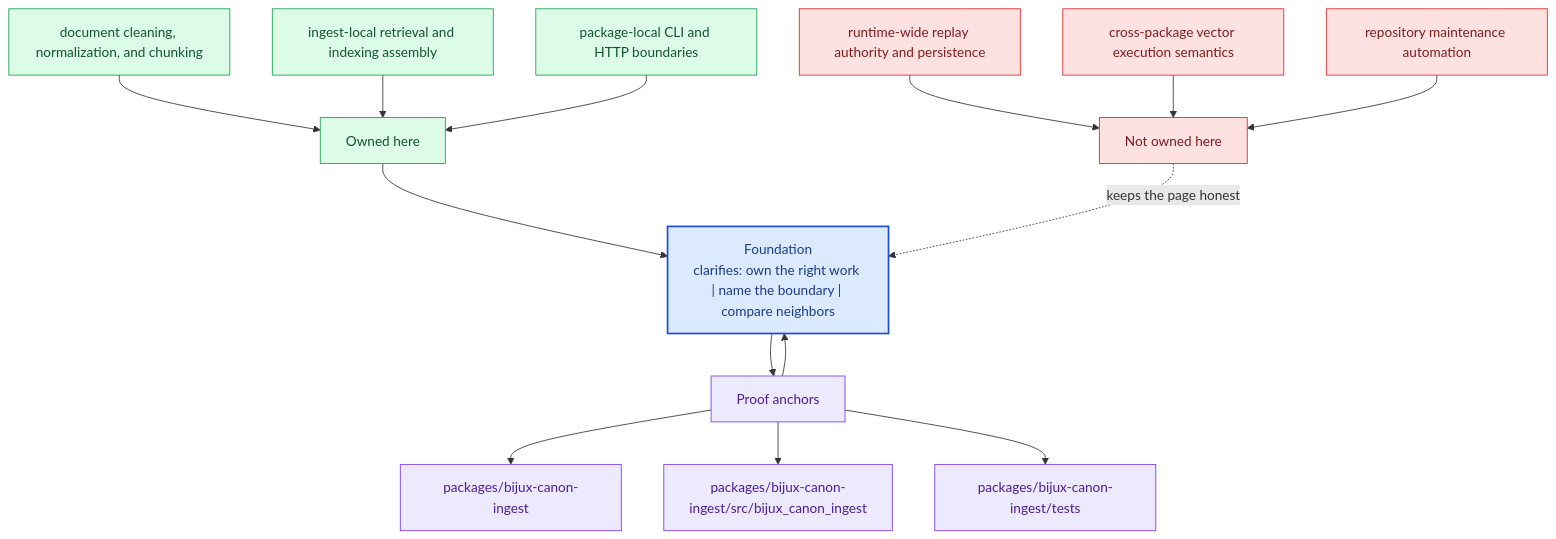
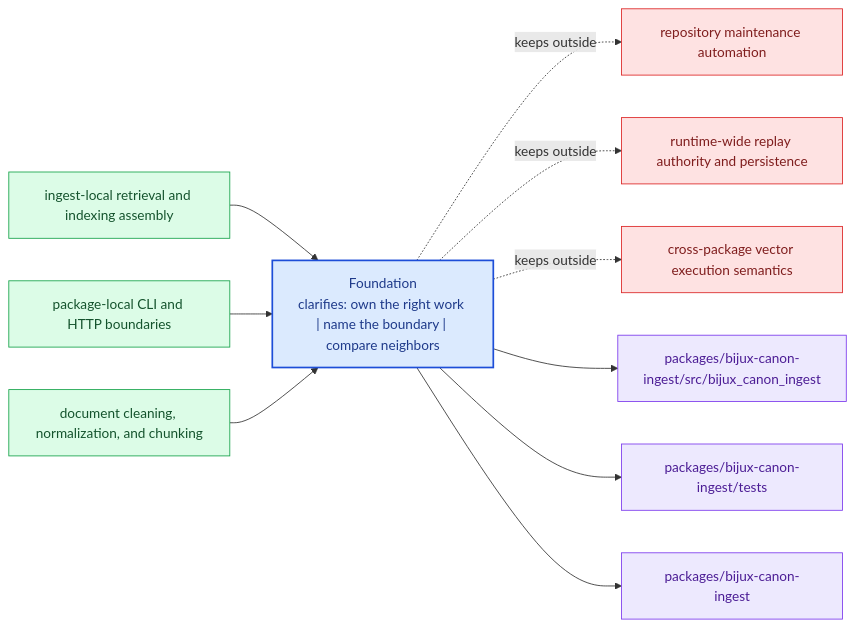
The diagram in docs/bijux-canon-ingest/foundation/index.md (bijux/bijux-canon), drawn with Mermaid before and after one commit. The commit also changed other lines of this file and 281 other files, not shown here.

Commit message:
docs(diagrams): replace repeated mermaid scaffolds with page-specific summaries

````diff
--- a/docs/bijux-canon-ingest/foundation/index.md
+++ b/docs/bijux-canon-ingest/foundation/index.md
@@ -65,40 +20,31 @@
 ```mermaid
-flowchart TB
-    promise["Foundation<br/>clarifies: own the right work | name the boundary | compare neighbors"]
-    classDef promise fill:#dbeafe,stroke:#1d4ed8,color:#1e3a8a,stroke-width:2px;
-    classDef driver fill:#dcfce7,stroke:#16a34a,color:#14532d;
-    classDef constraint fill:#fee2e2,stroke:#dc2626,color:#7f1d1d;
-    classDef ground fill:#ede9fe,stroke:#7c3aed,color:#4c1d95;
-    focus1["Owned here"]
-    focus1 --> promise
-    focus1_1["document cleaning, normalization, and chunking"]
-    focus1_1 --> focus1
-    focus1_2["ingest-local retrieval and indexing assembly"]
-    focus1_2 --> focus1
-    focus1_3["package-local CLI and HTTP boundaries"]
-    focus1_3 --> focus1
-    class focus1 driver;
-    class focus1_1,focus1_2,focus1_3 driver;
-    focus2["Not owned here"]
-    focus2 -.keeps the page honest.-> promise
-    focus2_1["runtime-wide replay authority and persistence"]
-    focus2_1 --> focus2
-    focus2_2["cross-package vector execution semantics"]
-    focus2_2 --> focus2
-    focus2_3["repository maintenance automation"]
-    focus2_3 --> focus2
-    class focus2 constraint;
-    class focus2_1,focus2_2,focus2_3 constraint;
-    focus3["Proof anchors"]
-    focus3 --> promise
-    promise --> focus3
-    focus3_1["packages/bijux-canon-ingest"]
-    focus3 --> focus3_1
-    focus3_2["packages/bijux-canon-ingest/src/bijux_canon_ingest"]
-    focus3 --> focus3_2
-    focus3_3["packages/bijux-canon-ingest/tests"]
-    focus3 --> focus3_3
-    class focus3 ground;
-    class focus3_1,focus3_2,focus3_3 ground;
-    class promise promise;
+flowchart LR
+    page["Foundation<br/>clarifies: own the right work | name the boundary | compare neighbors"]
+    classDef page fill:#dbeafe,stroke:#1d4ed8,color:#1e3a8a,stroke-width:2px;
+    classDef positive fill:#dcfce7,stroke:#16a34a,color:#14532d;
+    classDef caution fill:#fee2e2,stroke:#dc2626,color:#7f1d1d;
+    classDef anchor fill:#ede9fe,stroke:#7c3aed,color:#4c1d95;
+    classDef action fill:#fef3c7,stroke:#d97706,color:#7c2d12;
+    own1["ingest-local retrieval and indexing assembly"]
+    own1 --> page
+    own2["package-local CLI and HTTP boundaries"]
+    own2 --> page
+    own3["document cleaning, normalization, and chunking"]
+    own3 --> page
+    limit1["repository maintenance automation"]
+    page -.keeps outside.-> limit1
+    limit2["runtime-wide replay authority and persistence"]
+    page -.keeps outside.-> limit2
+    limit3["cross-package vector execution semantics"]
+    page -.keeps outside.-> limit3
+    anchor1["packages/bijux-canon-ingest/src/bijux_canon_ingest"]
+    page --> anchor1
+    anchor2["packages/bijux-canon-ingest/tests"]
+    page --> anchor2
+    anchor3["packages/bijux-canon-ingest"]
+    page --> anchor3
+    class page page;
+    class own1,own2,own3 positive;
+    class limit1,limit2,limit3 caution;
+    class anchor1,anchor2,anchor3 anchor;
 ```
````
